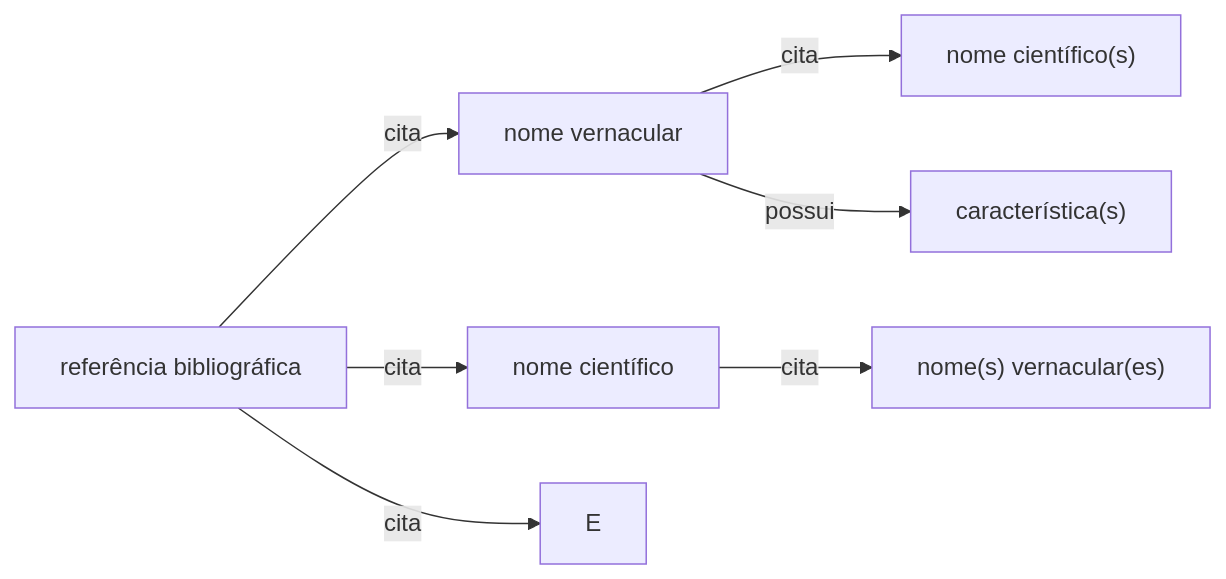
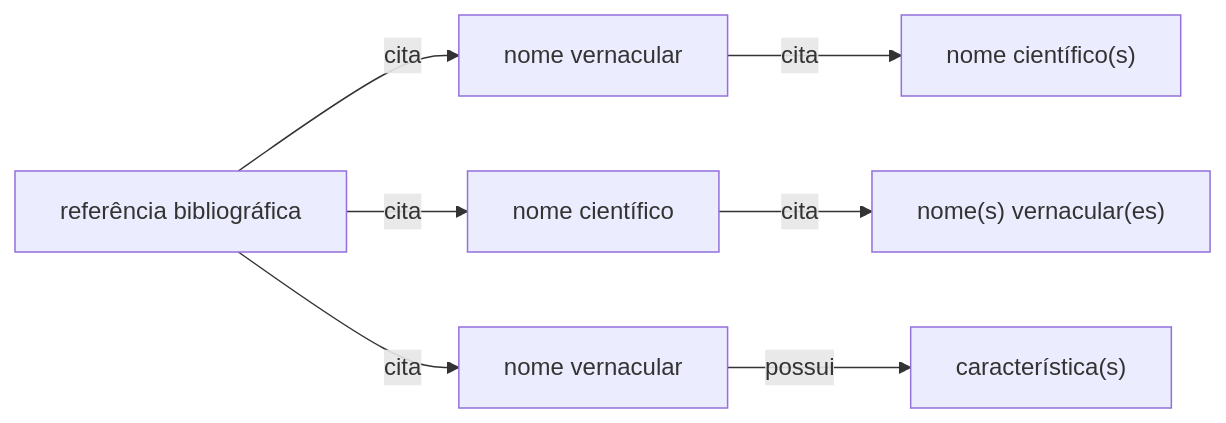
Before and after one commit to edalcin/Estrutura-de-Dados-Etnobotanicos: the diagram in README.md, drawn with Mermaid.

````diff
--- a/README.md
+++ b/README.md
@@ -9,9 +9,9 @@
 ```mermaid
 flowchart LR
     1[referência bibliográfica] --cita--> A
     1 --cita--> C
     1 --cita--> E
     C[nome científico] -- cita --> D["nome(s) vernacular(es)"]
     A[nome vernacular] -- cita --> B["nome científico(s)"]
-    A -- possui --> F["característica(s)"]
+    E[nome vernacular]-- possui --> F["característica(s)"]
 ```
````
